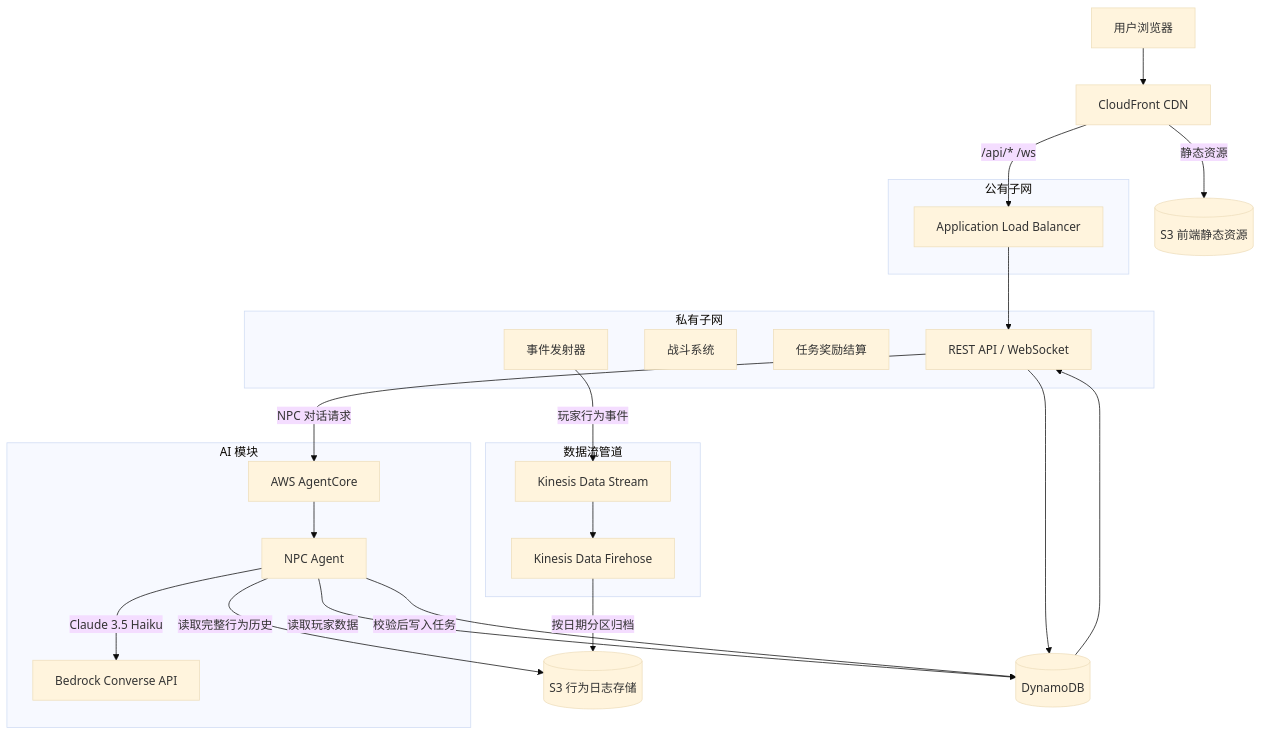
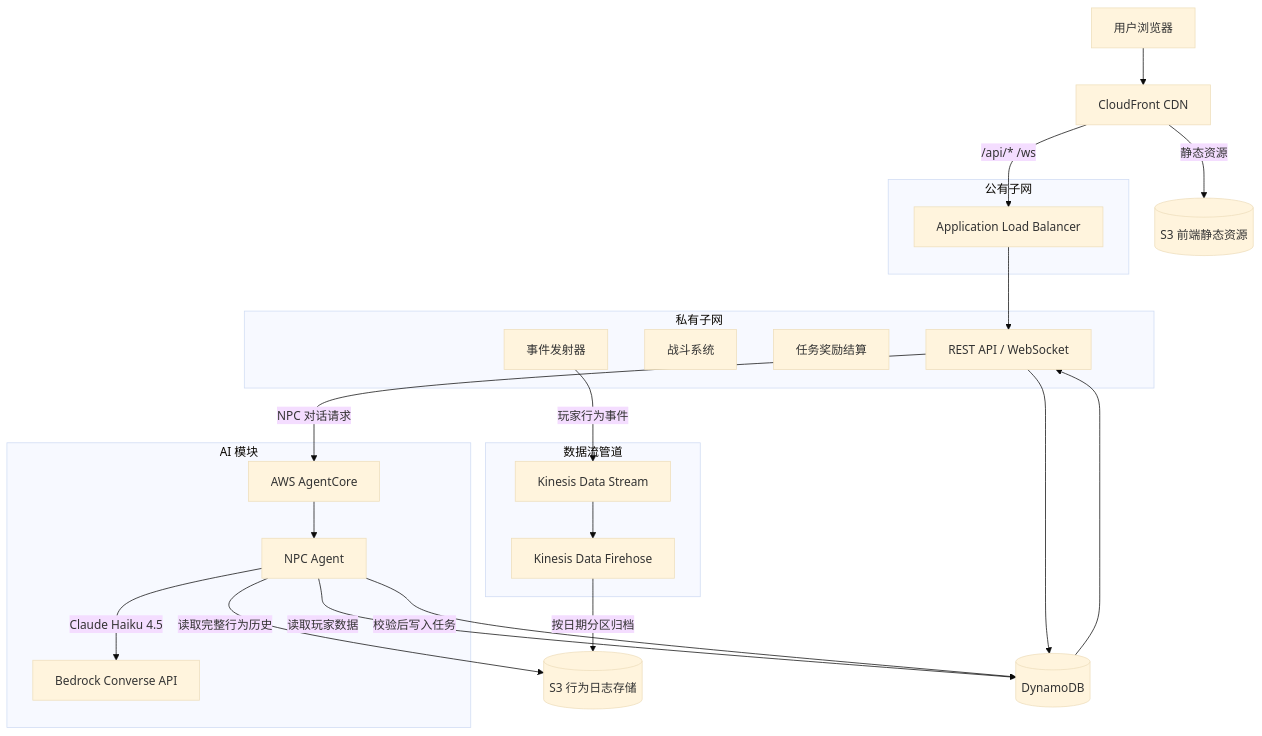
One commit to malphi/game-demo changed the third of 10 diagrams in design.md. Above: the diagram before and after it, drawn with Mermaid (base theme). The commit also changed other lines of this file and 6 other files, not shown here.

````diff
--- a/design.md
+++ b/design.md
@@ -353,47 +365,47 @@
 ```mermaid
 graph TB
     USER[用户浏览器]
     CF[CloudFront CDN]
     S3_FE[(S3 前端静态资源)]
 
     subgraph VPC_PUB [公有子网]
         ALB[Application Load Balancer]
     end
 
     subgraph VPC_PRIV [私有子网]
         API[REST API / WebSocket]
         BT[战斗系统]
         TK[任务奖励结算]
         EE[事件发射器]
     end
 
     subgraph AIModule [AI 模块]
         AC[AWS AgentCore]
         SA[NPC Agent]
         BR[Bedrock Converse API]
     end
 
     subgraph Pipeline [数据流管道]
         KIN[Kinesis Data Stream]
         FH[Kinesis Data Firehose]
     end
 
     S3_LOG[(S3 行为日志存储)]
     DDB[(DynamoDB)]
 
     USER --> CF
     CF -->|静态资源| S3_FE
     CF -->|/api/* /ws| ALB
     ALB --> API
     API --> DDB
     DDB --> API
     EE -->|玩家行为事件| KIN
     KIN --> FH
     FH -->|按日期分区归档| S3_LOG
     API -->|NPC 对话请求| AC
     AC --> SA
-    SA -->|Claude 3.5 Haiku| BR
+    SA -->|Claude Haiku 4.5| BR
     SA -->|读取玩家数据| DDB
     SA -->|读取完整行为历史| S3_LOG
     SA -->|校验后写入任务| DDB
 ```
````
